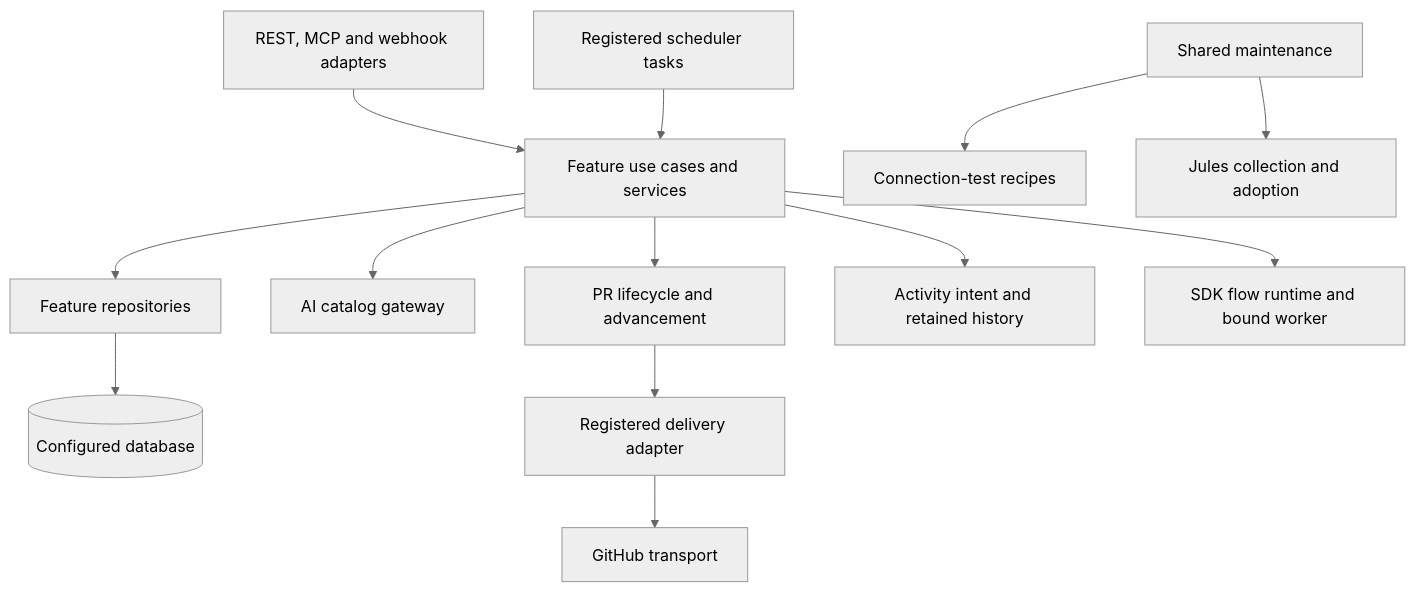
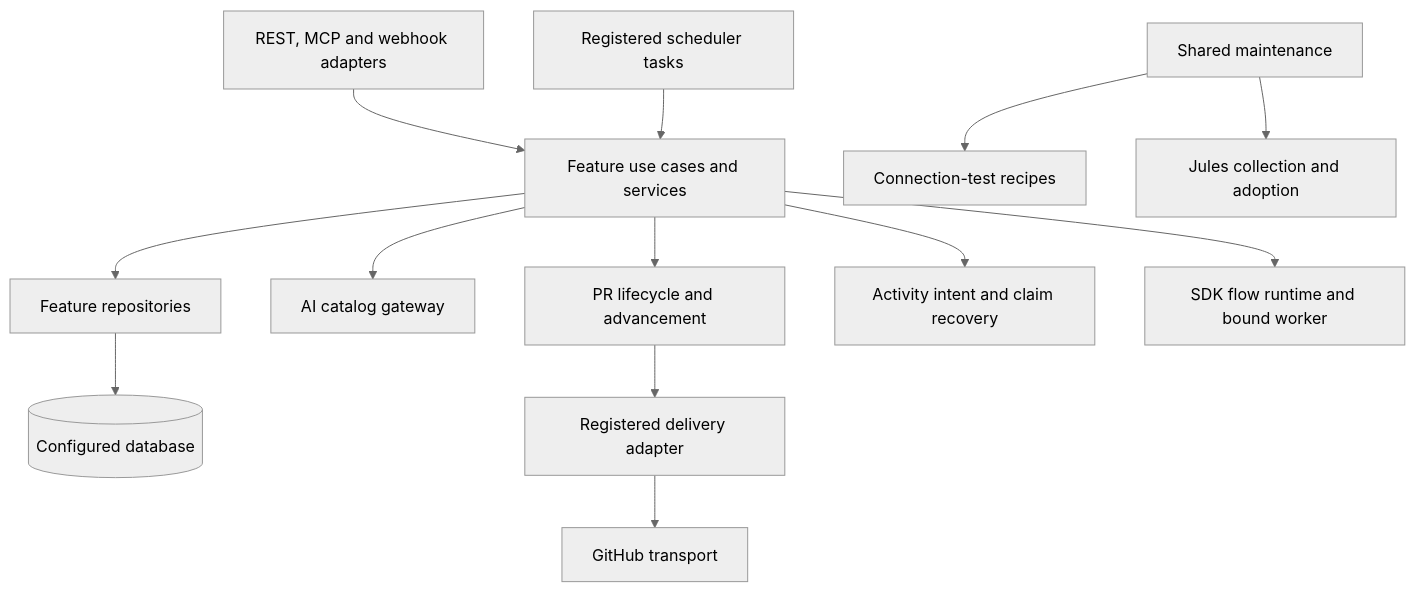
Before and after one commit to mjkimR/autohub: the diagram in docs/architecture/ARCH-05-2-components.md, drawn with Mermaid (neutral theme). The commit also changed other lines of this file and 170 other files, not shown here.

````diff
--- a/docs/architecture/ARCH-05-2-components.md
+++ b/docs/architecture/ARCH-05-2-components.md
@@ -15,15 +15,15 @@
 ```mermaid
 flowchart TB
     Boundary[REST, MCP and webhook adapters] --> Coordinators[Feature use cases and services]
     Coordinators --> Repositories[Feature repositories]
     Repositories --> Database[(Configured database)]
     Coordinators --> Admission[AI catalog gateway]
     Coordinators --> PR[PR lifecycle and advancement]
     PR --> Delivery[Registered delivery adapter]
     Delivery --> GitHub[GitHub transport]
-    Coordinators --> SDD[Activity intent and retained history]
+    Coordinators --> SDD[Activity intent and claim recovery]
     Coordinators --> Flow[SDK flow runtime and bound worker]
     Tick[Registered scheduler tasks] --> Coordinators
     Maintenance[Shared maintenance] --> Tests[Connection-test recipes]
     Maintenance --> Sessions[Jules collection and adoption]
 ```
````
